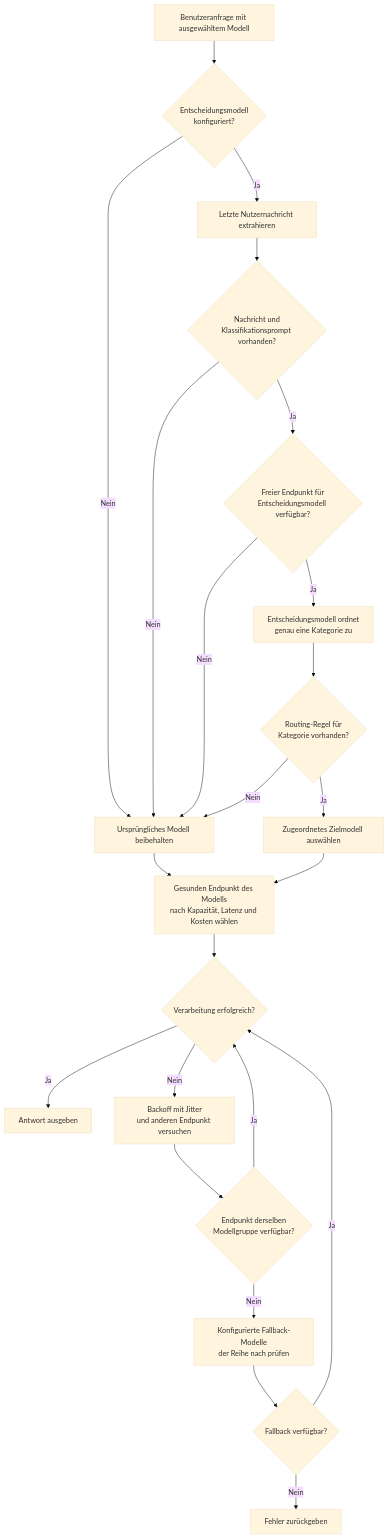
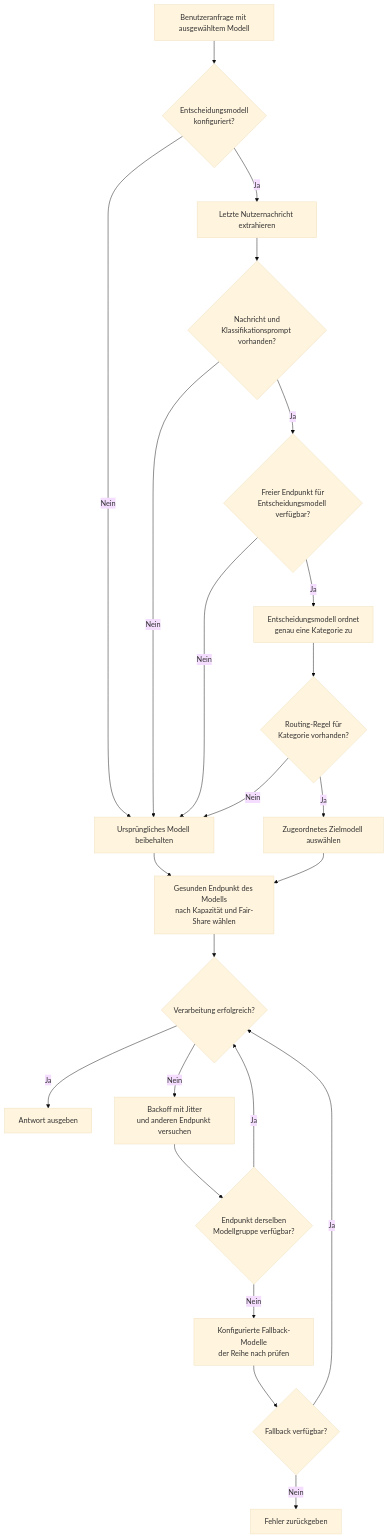
The first of 4 diagrams in README.md (dareinelt/LLMInt), drawn with Mermaid (base theme) before and after one commit. The commit also changed other lines of this file and 12 other files, not shown here.

Commit message:
Fix balancer fairness: fair-share window + round-robin, drop latency from routing

````diff
--- a/README.md
+++ b/README.md
@@ -100,25 +100,25 @@
 ```mermaid
 flowchart TD
     A[Benutzeranfrage mit ausgewähltem Modell] --> B{Entscheidungsmodell<br/>konfiguriert?}
     B -- Nein --> H[Ursprüngliches Modell beibehalten]
     B -- Ja --> C[Letzte Nutzernachricht extrahieren]
     C --> D{Nachricht und<br/>Klassifikationsprompt vorhanden?}
     D -- Nein --> H
     D -- Ja --> E{Freier Endpunkt für<br/>Entscheidungsmodell verfügbar?}
     E -- Nein --> H
     E -- Ja --> F[Entscheidungsmodell ordnet<br/>genau eine Kategorie zu]
     F --> G{Routing-Regel für<br/>Kategorie vorhanden?}
     G -- Nein --> H
     G -- Ja --> I[Zugeordnetes Zielmodell auswählen]
-    H --> J[Gesunden Endpunkt des Modells<br/>nach Kapazität, Latenz und Kosten wählen]
+    H --> J[Gesunden Endpunkt des Modells<br/>nach Kapazität und Fair-Share wählen]
     I --> J
     J --> K{Verarbeitung erfolgreich?}
     K -- Ja --> L[Antwort ausgeben]
     K -- Nein --> M[Backoff mit Jitter<br/>und anderen Endpunkt versuchen]
     M --> N{Endpunkt derselben<br/>Modellgruppe verfügbar?}
     N -- Ja --> K
     N -- Nein --> O[Konfigurierte Fallback-Modelle<br/>der Reihe nach prüfen]
     O --> P{Fallback verfügbar?}
     P -- Ja --> K
     P -- Nein --> Q[Fehler zurückgeben]
 ```
````
